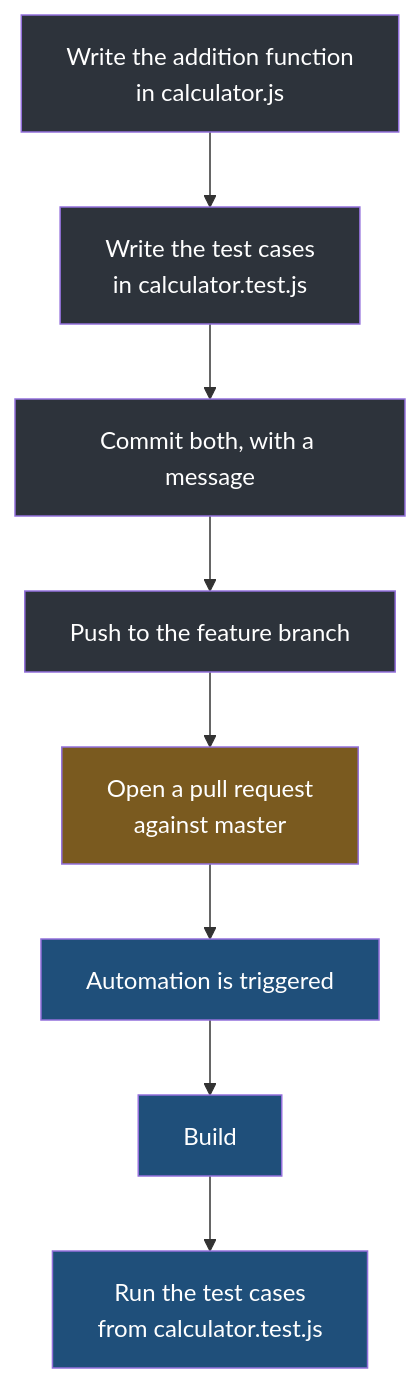
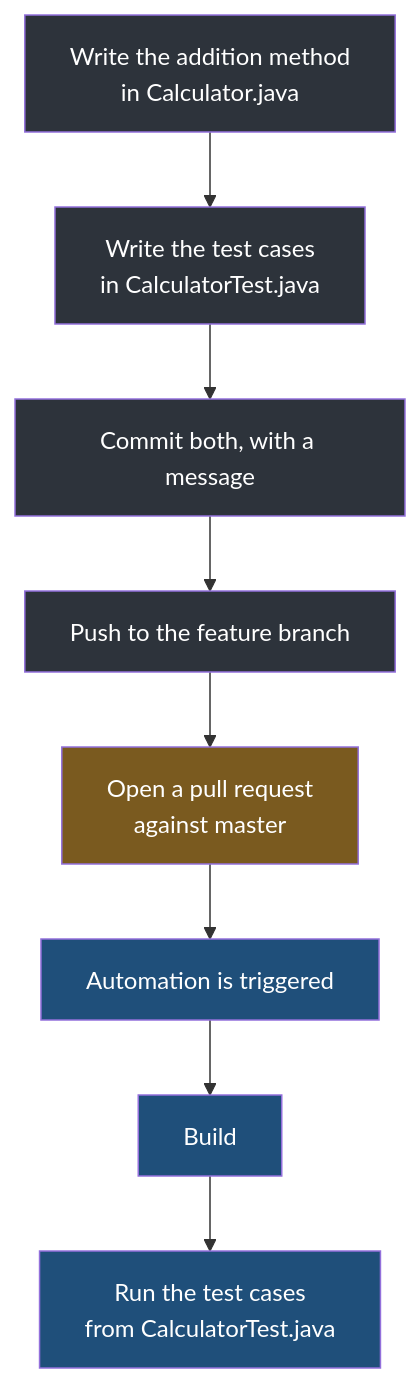
The first of 2 diagrams in Devops/05-CI-CD/06-A-Pipeline-Run.md (Dummy-Bug/system-design-handbook), drawn with Mermaid before and after one commit. The commit also changed other lines of this file and 22 other files, not shown here.

````diff
--- a/Devops/05-CI-CD/06-A-Pipeline-Run.md
+++ b/Devops/05-CI-CD/06-A-Pipeline-Run.md
@@ -35,18 +35,18 @@
 ```mermaid
 flowchart TD
-    W["Write the addition function<br/>in calculator.js"] --> T["Write the test cases<br/>in calculator.test.js"]
+    W["Write the addition method<br/>in Calculator.java"] --> T["Write the test cases<br/>in CalculatorTest.java"]
     T --> CM["Commit both, with a message"]
     CM --> PUSH["Push to the feature branch"]
     PUSH --> PRQ["Open a pull request<br/>against master"]
     PRQ --> AUTO["Automation is triggered"]
     AUTO --> B["Build"]
-    B --> R["Run the test cases<br/>from calculator.test.js"]
+    B --> R["Run the test cases<br/>from CalculatorTest.java"]
     style W fill:#2d333b,color:#fff
     style T fill:#2d333b,color:#fff
     style CM fill:#2d333b,color:#fff
     style PUSH fill:#2d333b,color:#fff
     style PRQ fill:#7a5a1f,color:#fff
     style AUTO fill:#1f4f7a,color:#fff
     style B fill:#1f4f7a,color:#fff
     style R fill:#1f4f7a,color:#fff
 ```
````
